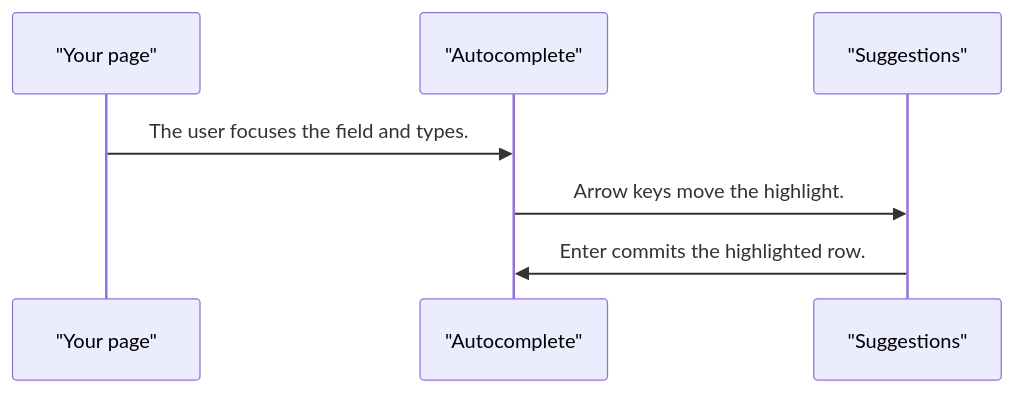
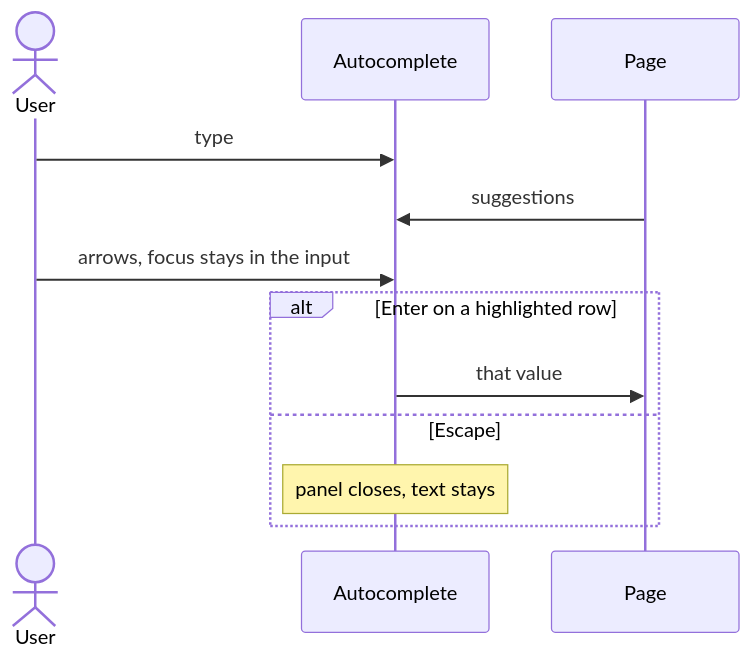
Before and after one commit to RajshekharBorate/pixel-ui: the second of 4 diagrams in projects/pixel-ui/src/lib/pixel-autocomplete/DESIGN.md, drawn with Mermaid. The commit also changed other lines of this file and 73 other files, not shown here.

Commit message:
Explain who owns each value and what each flow does in every component and service design.

````diff
--- a/projects/pixel-ui/src/lib/pixel-autocomplete/DESIGN.md
+++ b/projects/pixel-ui/src/lib/pixel-autocomplete/DESIGN.md
@@ -58,9 +69,14 @@
 ```mermaid
 sequenceDiagram
-  participant page as "Your page"
-  participant field as "Autocomplete"
-  participant panel as "Suggestions"
-  page->>field: The user focuses the field and types.
-  field->>panel: Arrow keys move the highlight.
-  panel->>field: Enter commits the highlighted row.
+  actor User
+  participant Field as Autocomplete
+  participant Page
+  User->>Field: type
+  Page->>Field: suggestions
+  User->>Field: arrows, focus stays in the input
+  alt Enter on a highlighted row
+    Field->>Page: that value
+  else Escape
+    Note over Field: panel closes, text stays
+  end
 ```
````
